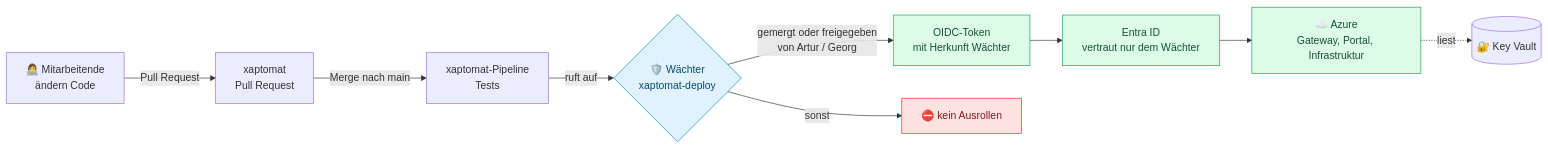
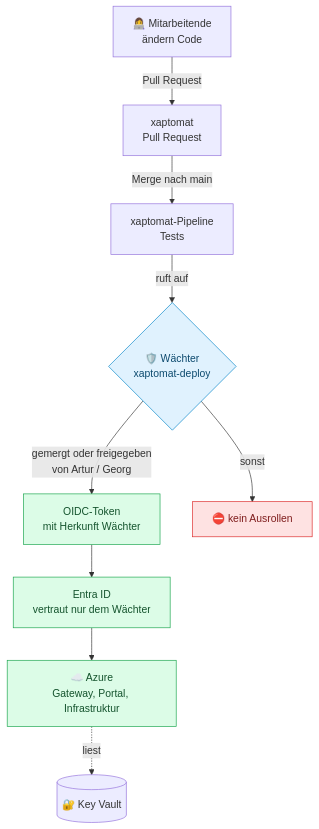
Before and after one commit to xapling/xaptomat-deploy: the first of 2 diagrams in README.md, drawn with Mermaid.

Commit message:
README: Übersichtsdiagramm von oben nach unten

````diff
--- a/README.md
+++ b/README.md
@@ -15,18 +15,18 @@
 ```mermaid
-flowchart LR
+flowchart TD
     DEV["👩‍💻 Mitarbeitende<br/>ändern Code"] -->|Pull Request| PR["xaptomat<br/>Pull Request"]
     PR -->|Merge nach main| PIPE["xaptomat-Pipeline<br/>Tests"]
     PIPE -->|ruft auf| W{"🛡️ Wächter<br/>xaptomat-deploy"}
     W -->|"gemergt oder freigegeben<br/>von Artur / Georg"| TOKEN["OIDC-Token<br/>mit Herkunft Wächter"]
     W -->|sonst| STOP["⛔ kein Ausrollen"]
     TOKEN --> ENTRA["Entra ID<br/>vertraut nur dem Wächter"]
     ENTRA --> AZ["☁️ Azure<br/>Gateway, Portal, Infrastruktur"]
     AZ -.->|liest| KV[("🔐 Key Vault")]
 
     classDef ok fill:#DCFCE7,stroke:#16A34A,color:#14532D
     classDef stop fill:#FEE2E2,stroke:#DC2626,color:#7F1D1D
     classDef guard fill:#E0F2FE,stroke:#0284C7,color:#0C4A6E
     class TOKEN,ENTRA,AZ ok
     class STOP stop
     class W guard
 ```
````
